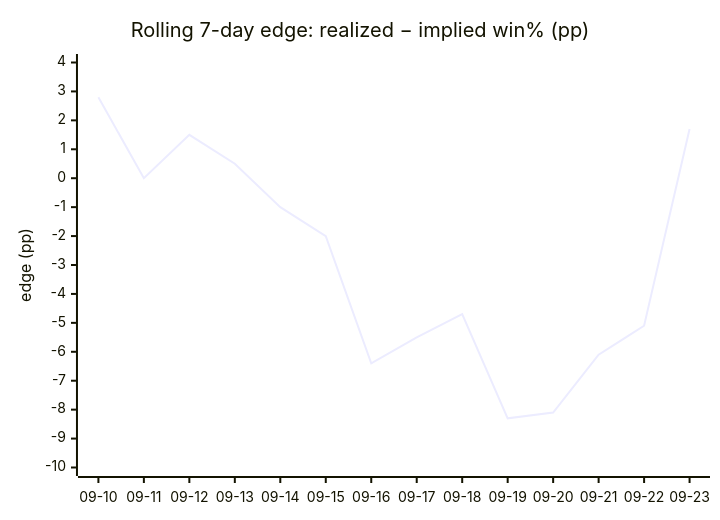
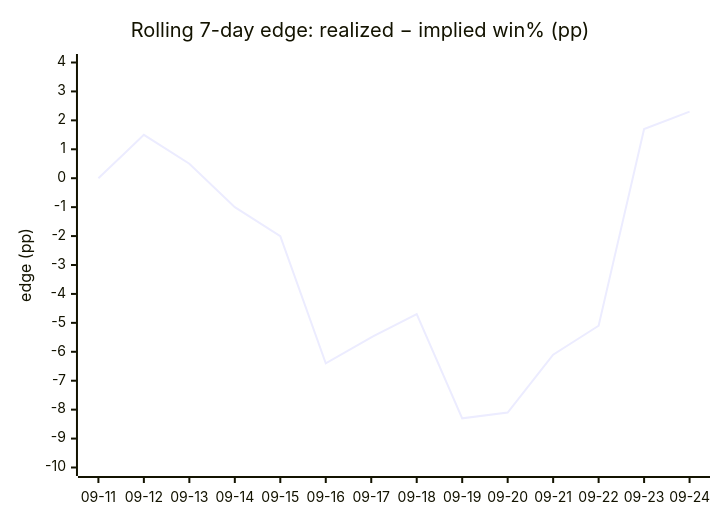
One commit to dpk1212/nhl-savant changed the fourth of 4 diagrams in DAILY_AGSU_REPORT.md. Above: the diagram before and after it, drawn with Mermaid. The commit also changed other lines of this file, not shown here.

````diff
--- a/DAILY_AGSU_REPORT.md
+++ b/DAILY_AGSU_REPORT.md
@@ -875,7 +871,7 @@
 ```mermaid
 xychart-beta
     title "Rolling 7-day edge: realized − implied win% (pp)"
-    x-axis ["09-10", "09-11", "09-12", "09-13", "09-14", "09-15", "09-16", "09-17", "09-18", "09-19", "09-20", "09-21", "09-22", "09-23"]
+    x-axis ["09-11", "09-12", "09-13", "09-14", "09-15", "09-16", "09-17", "09-18", "09-19", "09-20", "09-21", "09-22", "09-23", "09-24"]
     y-axis "edge (pp)" -10 --> 4
-    line [2.8, 0, 1.5, 0.5, -1, -2, -6.4, -5.5, -4.7, -8.3, -8.1, -6.1, -5.1, 1.7]
+    line [0, 1.5, 0.5, -1, -2, -6.4, -5.5, -4.7, -8.3, -8.1, -6.1, -5.1, 1.7, 2.3]
 ```
````
